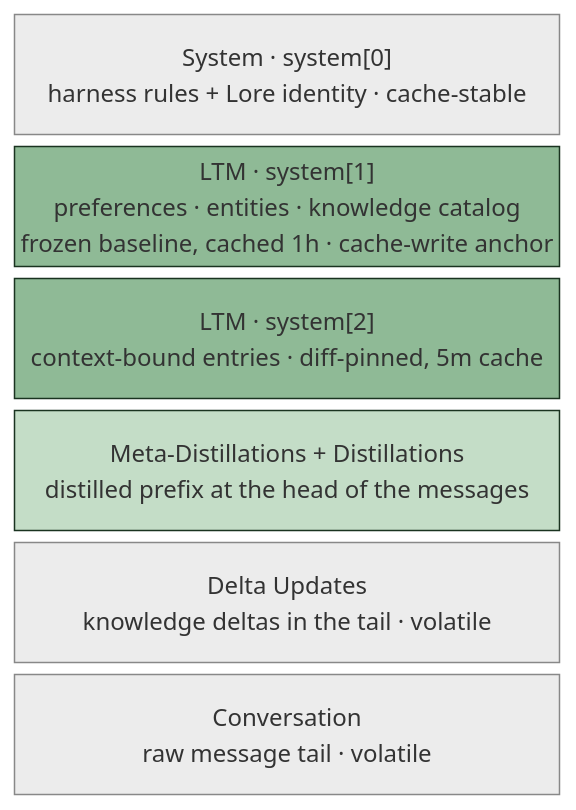
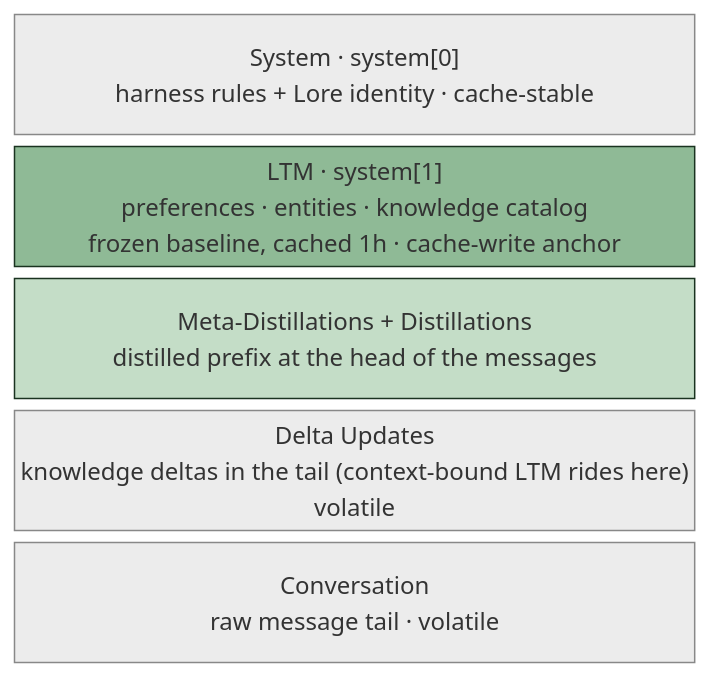
Before and after one commit to BYK/loreai: the second of 5 diagrams in packages/website/src/content/docs/docs/architecture.md, drawn with Mermaid. The commit also changed other lines of this file and 21 other files, not shown here.

First line of the commit message:
fix(gateway): drop injection-signature imperatives from knowledge-delta framing (#1502)

````diff
--- a/packages/website/src/content/docs/docs/architecture.md
+++ b/packages/website/src/content/docs/docs/architecture.md
@@ -44,19 +44,17 @@
 ```mermaid
 block-beta
   columns 1
   B1["System · system[0]<br/>harness rules + Lore identity · cache-stable"]
   B2["LTM · system[1]<br/>preferences · entities · knowledge catalog<br/>frozen baseline, cached 1h · cache-write anchor"]
-  B3["LTM · system[2]<br/>context-bound entries · diff-pinned, 5m cache"]
   B4["Meta-Distillations + Distillations<br/>distilled prefix at the head of the messages"]
-  B5["Delta Updates<br/>knowledge deltas in the tail · volatile"]
+  B5["Delta Updates<br/>knowledge deltas in the tail (context-bound LTM rides here)<br/>volatile"]
   B6["Conversation<br/>raw message tail · volatile"]
   classDef sys fill:#ececec,stroke:#888,color:#333
   classDef pinned fill:#8fba96,stroke:#1a3320,color:#1a3320
   classDef distill fill:#c4ddc7,stroke:#1a3320,color:#1a3320
   class B1 sys
   class B2 pinned
-  class B3 pinned
   class B4 distill
   class B5 sys
   class B6 sys
 ```
````
